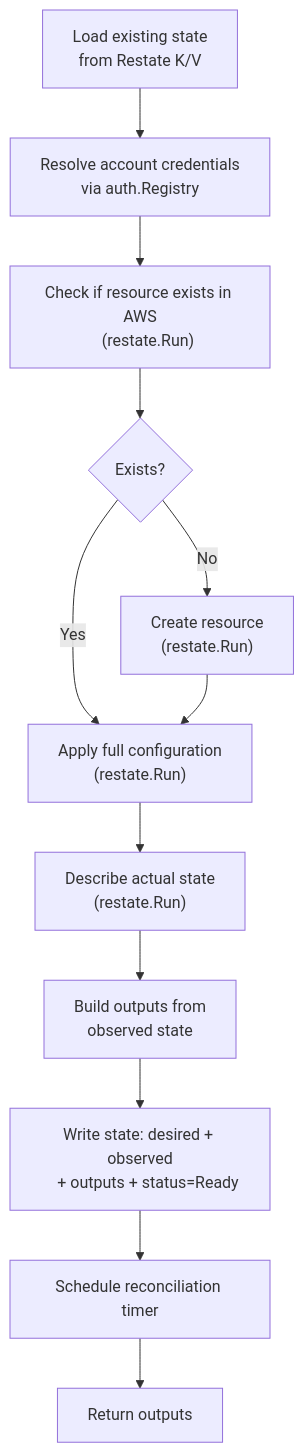
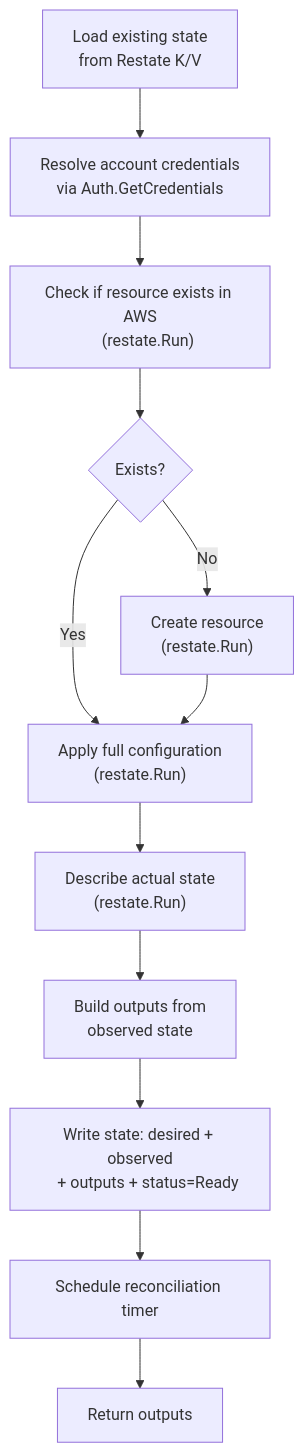
Before and after one commit to shirvan/praxis: the first of 3 diagrams in docs/DRIVERS.md, drawn with Mermaid. The commit also changed other lines of this file and 66 other files, not shown here.

````diff
--- a/docs/DRIVERS.md
+++ b/docs/DRIVERS.md
@@ -108,22 +108,22 @@
 ```mermaid
 flowchart TD
     A["Load existing state
     from Restate K/V"] --> B["Resolve account credentials
-    via auth.Registry"]
+    via Auth.GetCredentials"]
     B --> C["Check if resource exists in AWS
     (restate.Run)"]
     C --> D{"Exists?"}
     D -->|No| E["Create resource
     (restate.Run)"]
     D -->|Yes| F["Apply full configuration
     (restate.Run)"]
     E --> F
     F --> G["Describe actual state
     (restate.Run)"]
     G --> H["Build outputs from
     observed state"]
     H --> I["Write state: desired + observed
     + outputs + status=Ready"]
     I --> J["Schedule reconciliation timer"]
     J --> K["Return outputs"]
 ```
````
